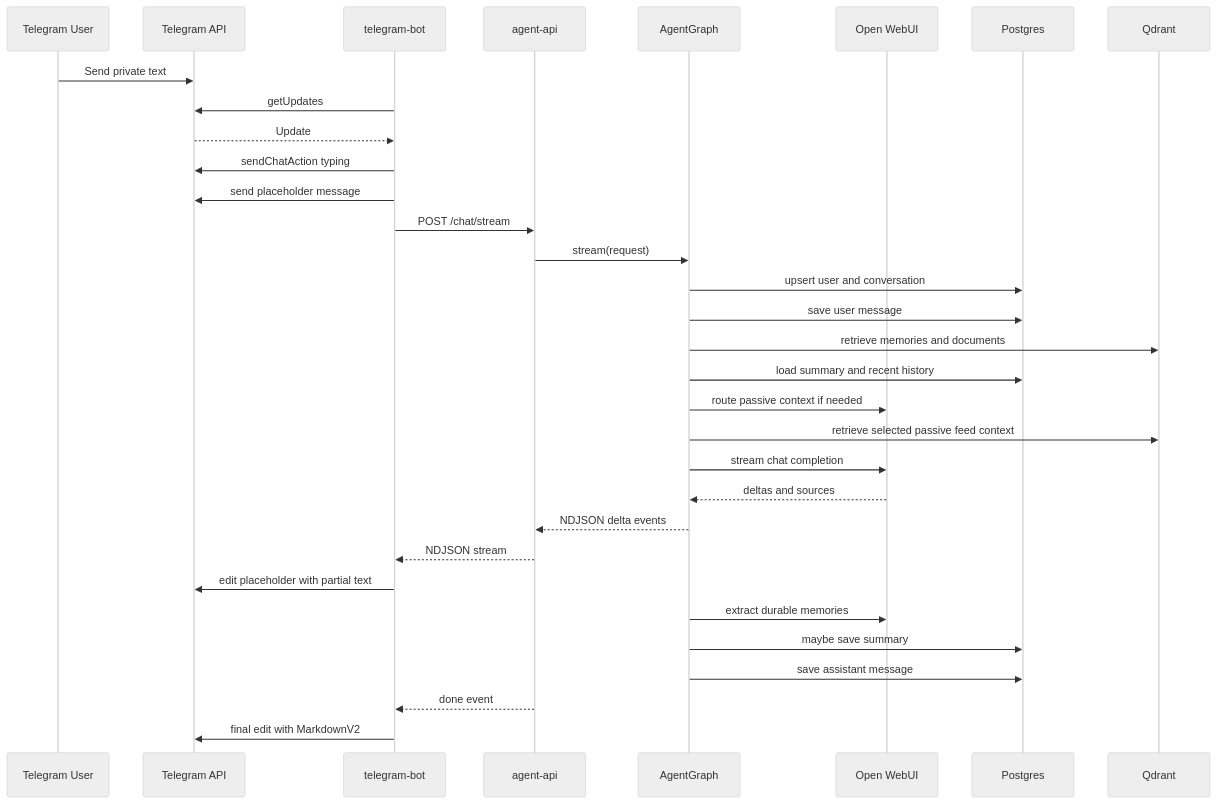
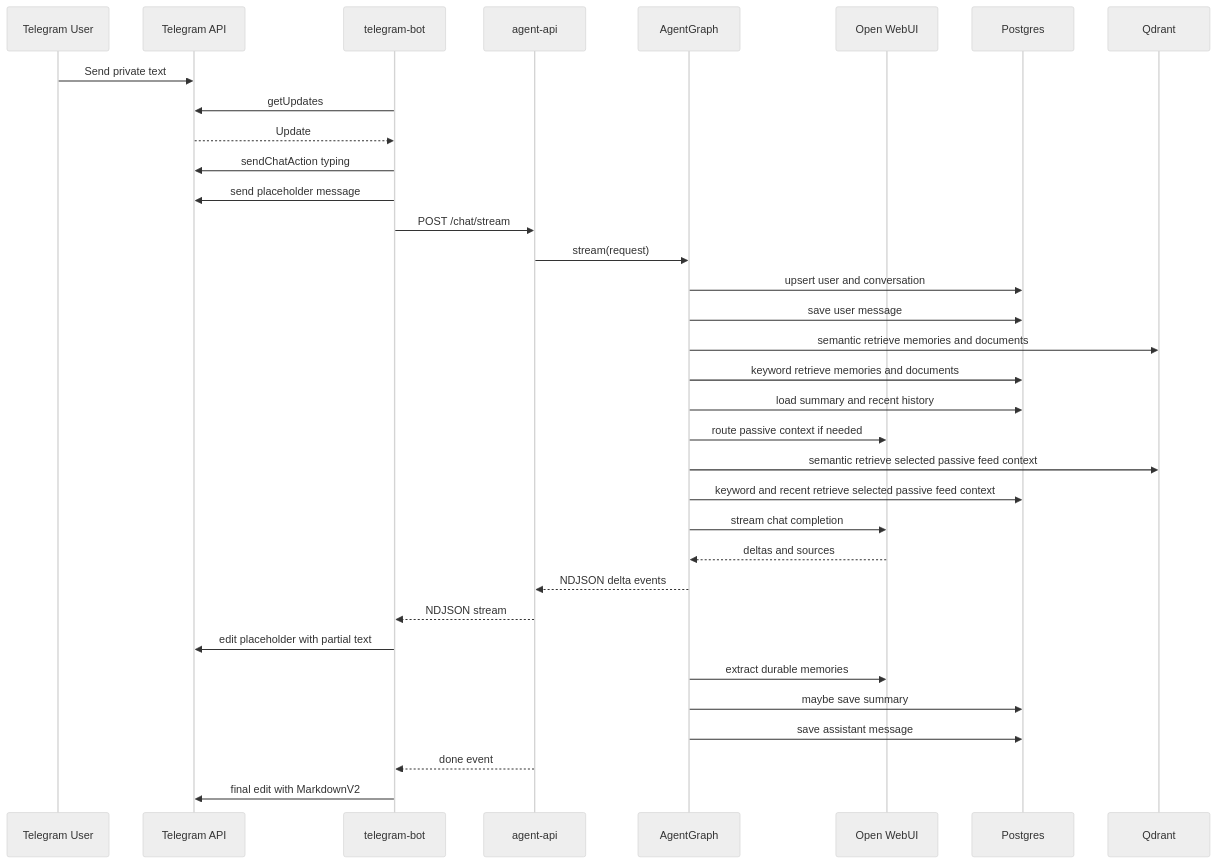
One commit to AlessiOrl/Codee_agent changed the second of 3 diagrams in IMPLEMENTATION.md. Above: the diagram before and after it, drawn with Mermaid (neutral theme). The commit also changed other lines of this file and 11 other files, not shown here.

````diff
--- a/IMPLEMENTATION.md
+++ b/IMPLEMENTATION.md
@@ -100,35 +100,37 @@
 ```mermaid
 sequenceDiagram
     participant U as Telegram User
     participant T as Telegram API
     participant B as telegram-bot
     participant A as agent-api
     participant G as AgentGraph
     participant O as Open WebUI
     participant P as Postgres
     participant Q as Qdrant
 
     U->>T: Send private text
     B->>T: getUpdates
     T-->>B: Update
     B->>T: sendChatAction typing
     B->>T: send placeholder message
     B->>A: POST /chat/stream
     A->>G: stream(request)
     G->>P: upsert user and conversation
     G->>P: save user message
-    G->>Q: retrieve memories and documents
+    G->>Q: semantic retrieve memories and documents
+    G->>P: keyword retrieve memories and documents
     G->>P: load summary and recent history
     G->>O: route passive context if needed
-    G->>Q: retrieve selected passive feed context
+    G->>Q: semantic retrieve selected passive feed context
+    G->>P: keyword and recent retrieve selected passive feed context
     G->>O: stream chat completion
     O-->>G: deltas and sources
     G-->>A: NDJSON delta events
     A-->>B: NDJSON stream
     B->>T: edit placeholder with partial text
     G->>O: extract durable memories
     G->>P: maybe save summary
     G->>P: save assistant message
     A-->>B: done event
     B->>T: final edit with MarkdownV2
 ```
````
